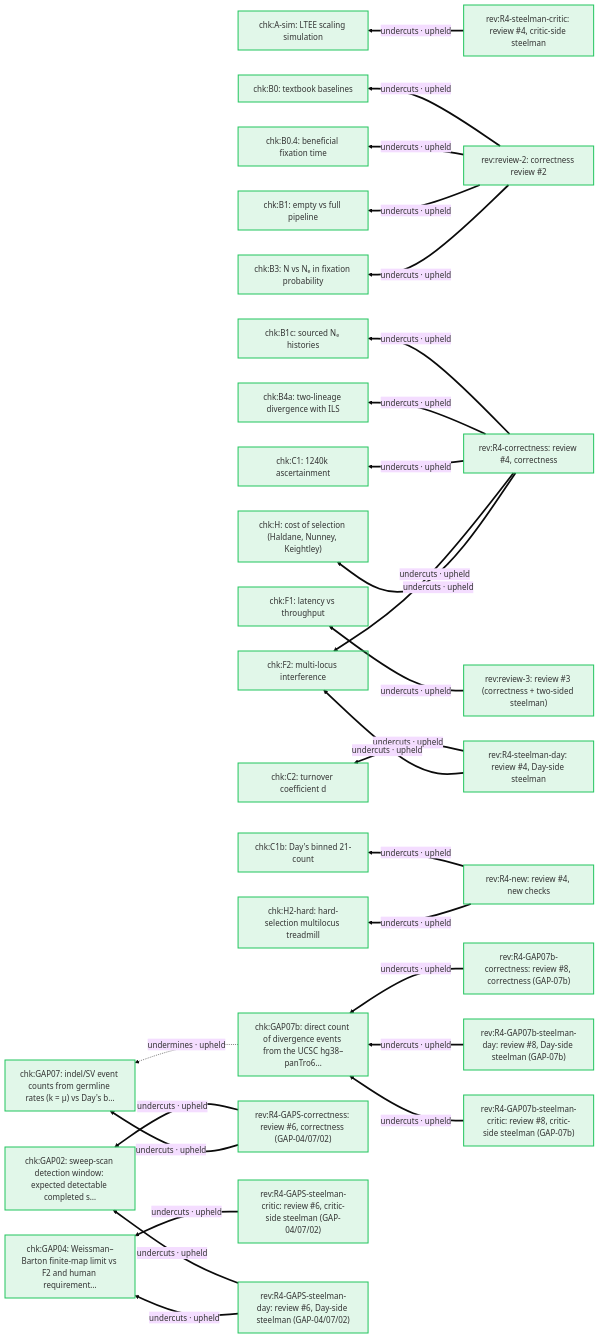
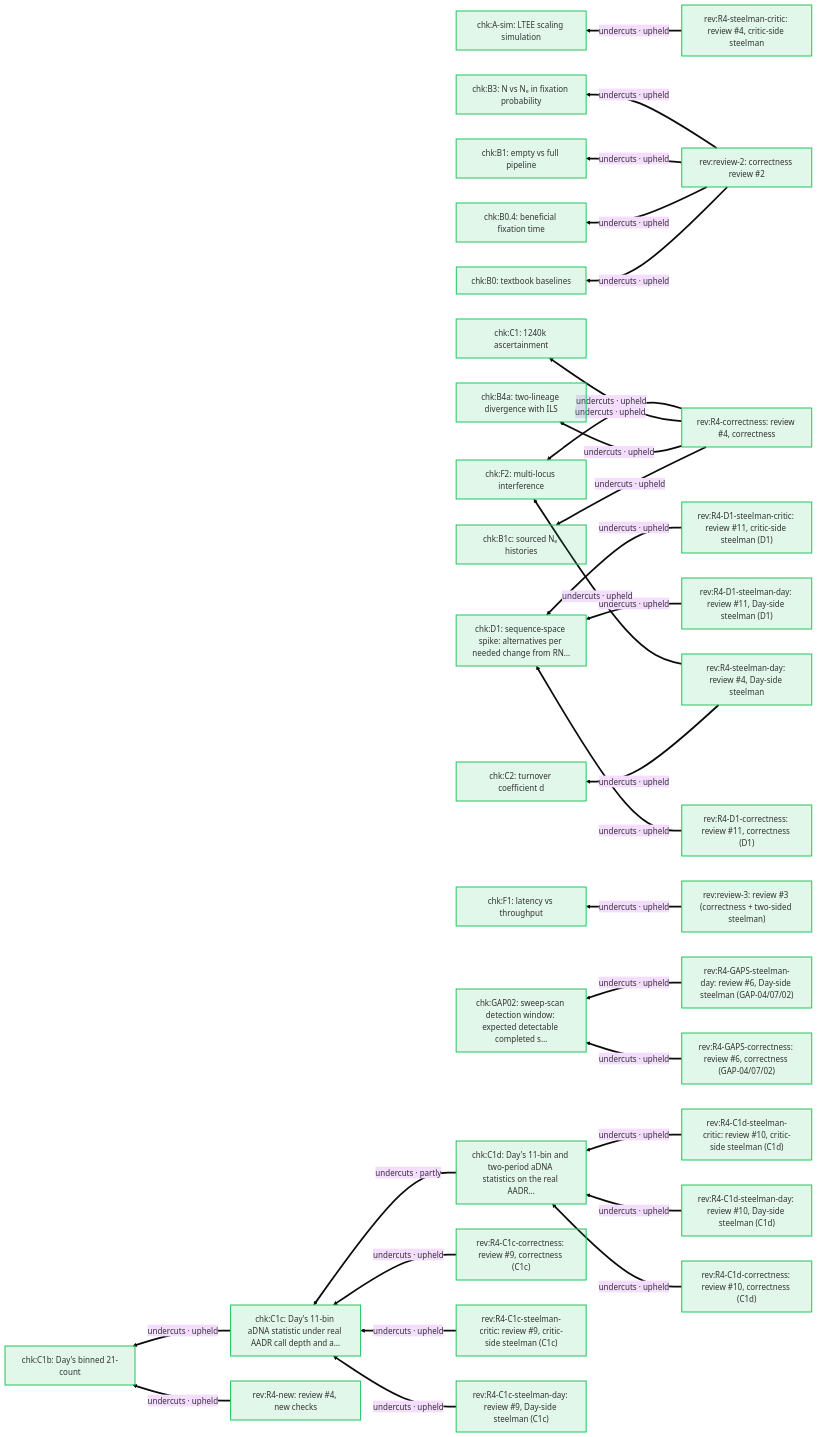
Diagram 15 of 16 in docs/arguments/defeaters.md (nickallevato/evo-sim), drawn with Mermaid (base theme) before and after one commit. The commit also changed other lines of this file and 50 other files, not shown here.

````diff
--- a/docs/arguments/defeaters.md
+++ b/docs/arguments/defeaters.md
@@ -696,62 +715,67 @@
 ```mermaid
 flowchart RL
   classDef day fill:#f59e0b22,stroke:#f59e0b,stroke-width:2px
   classDef ally fill:#d9770622,stroke:#d97706,stroke-width:2px
   classDef critic fill:#3b82f622,stroke:#3b82f6,stroke-width:2px
   classDef literature fill:#a3a3a322,stroke:#a3a3a3,stroke-width:2px
   classDef audit fill:#22c55e22,stroke:#22c55e,stroke-width:2px
   chk_A_sim["chk:A-sim: LTEE scaling simulation"]:::audit
   chk_B0["chk:B0: textbook baselines"]:::audit
   chk_B0_4["chk:B0.4: beneficial fixation time"]:::audit
   chk_B1["chk:B1: empty vs full pipeline"]:::audit
   chk_B1c["chk:B1c: sourced Nₑ histories"]:::audit
   chk_B3["chk:B3: N vs Nₑ in fixation probability"]:::audit
   chk_B4a["chk:B4a: two-lineage divergence with ILS"]:::audit
   chk_C1["chk:C1: 1240k ascertainment"]:::audit
   chk_C1b["chk:C1b: Day's binned 21-count"]:::audit
+  chk_C1c["chk:C1c: Day's 11-bin aDNA statistic under real AADR call depth and a…"]:::audit
+  chk_C1d["chk:C1d: Day's 11-bin and two-period aDNA statistics on the real AADR…"]:::audit
   chk_C2["chk:C2: turnover coefficient d"]:::audit
+  chk_D1["chk:D1: sequence-space spike: alternatives per needed change from RN…"]:::audit
   chk_F1["chk:F1: latency vs throughput"]:::audit
   chk_F2["chk:F2: multi-locus interference"]:::audit
   chk_GAP02["chk:GAP02: sweep-scan detection window: expected detectable completed s…"]:::audit
-  chk_GAP04["chk:GAP04: Weissman–Barton finite-map limit vs F2 and human requirement…"]:::audit
-  chk_GAP07["chk:GAP07: indel/SV event counts from germline rates (k = μ) vs Day's b…"]:::audit
-  chk_GAP07b["chk:GAP07b: direct count of divergence events from the UCSC hg38–panTro6…"]:::audit
-  chk_H["chk:H: cost of selection (Haldane, Nunney, Keightley)"]:::audit
-  chk_H2_hard["chk:H2-hard: hard-selection multilocus treadmill"]:::audit
-  rev_R4_GAP07b_correctness["rev:R4-GAP07b-correctness: review #8, correctness (GAP-07b)"]:::audit
-  rev_R4_GAP07b_steelman_critic["rev:R4-GAP07b-steelman-critic: review #8, critic-side steelman (GAP-07b)"]:::audit
-  rev_R4_GAP07b_steelman_day["rev:R4-GAP07b-steelman-day: review #8, Day-side steelman (GAP-07b)"]:::audit
+  rev_R4_C1c_correctness["rev:R4-C1c-correctness: review #9, correctness (C1c)"]:::audit
+  rev_R4_C1c_steelman_critic["rev:R4-C1c-steelman-critic: review #9, critic-side steelman (C1c)"]:::audit
+  rev_R4_C1c_steelman_day["rev:R4-C1c-steelman-day: review #9, Day-side steelman (C1c)"]:::audit
+  rev_R4_C1d_correctness["rev:R4-C1d-correctness: review #10, correctness (C1d)"]:::audit
+  rev_R4_C1d_steelman_critic["rev:R4-C1d-steelman-critic: review #10, critic-side steelman (C1d)"]:::audit
+  rev_R4_C1d_steelman_day["rev:R4-C1d-steelman-day: review #10, Day-side steelman (C1d)"]:::audit
+  rev_R4_D1_correctness["rev:R4-D1-correctness: review #11, correctness (D1)"]:::audit
+  rev_R4_D1_steelman_critic["rev:R4-D1-steelman-critic: review #11, critic-side steelman (D1)"]:::audit
+  rev_R4_D1_steelman_day["rev:R4-D1-steelman-day: review #11, Day-side steelman (D1)"]:::audit
   rev_R4_GAPS_correctness["rev:R4-GAPS-correctness: review #6, correctness (GAP-04/07/02)"]:::audit
-  rev_R4_GAPS_steelman_critic["rev:R4-GAPS-steelman-critic: review #6, critic-side steelman (GAP-04/07/02)"]:::audit
   rev_R4_GAPS_steelman_day["rev:R4-GAPS-steelman-day: review #6, Day-side steelman (GAP-04/07/02)"]:::audit
   rev_R4_correctness["rev:R4-correctness: review #4, correctness"]:::audit
   rev_R4_new["rev:R4-new: review #4, new checks"]:::audit
   rev_R4_steelman_critic["rev:R4-steelman-critic: review #4, critic-side steelman"]:::audit
   rev_R4_steelman_day["rev:R4-steelman-day: review #4, Day-side steelman"]:::audit
   rev_review_2["rev:review-2: correctness review #2"]:::audit
   rev_review_3["rev:review-3: review #3 (correctness + two-sided steelman)"]:::audit
   rev_R4_steelman_critic ==>|"undercuts · upheld"| chk_A_sim
   rev_review_2 ==>|"undercuts · upheld"| chk_B0
   rev_review_2 ==>|"undercuts · upheld"| chk_B0_4
   rev_review_2 ==>|"undercuts · upheld"| chk_B1
   rev_R4_correctness ==>|"undercuts · upheld"| chk_B1c
   rev_review_2 ==>|"undercuts · upheld"| chk_B3
   rev_R4_correctness ==>|"undercuts · upheld"| chk_B4a
   rev_R4_correctness ==>|"undercuts · upheld"| chk_C1
   rev_R4_new ==>|"undercuts · upheld"| chk_C1b
+  chk_C1c ==>|"undercuts · upheld"| chk_C1b
+  chk_C1d ==>|"undercuts · partly"| chk_C1c
+  rev_R4_C1c_correctness ==>|"undercuts · upheld"| chk_C1c
+  rev_R4_C1c_steelman_day ==>|"undercuts · upheld"| chk_C1c
+  rev_R4_C1c_steelman_critic ==>|"undercuts · upheld"| chk_C1c
+  rev_R4_C1d_correctness ==>|"undercuts · upheld"| chk_C1d
+  rev_R4_C1d_steelman_day ==>|"undercuts · upheld"| chk_C1d
+  rev_R4_C1d_steelman_critic ==>|"undercuts · upheld"| chk_C1d
   rev_R4_steelman_day ==>|"undercuts · upheld"| chk_C2
+  rev_R4_D1_correctness ==>|"undercuts · upheld"| chk_D1
+  rev_R4_D1_steelman_day ==>|"undercuts · upheld"| chk_D1
+  rev_R4_D1_steelman_critic ==>|"undercuts · upheld"| chk_D1
   rev_review_3 ==>|"undercuts · upheld"| chk_F1
   rev_R4_correctness ==>|"undercuts · upheld"| chk_F2
   rev_R4_steelman_day ==>|"undercuts · upheld"| chk_F2
   rev_R4_GAPS_correctness ==>|"undercuts · upheld"| chk_GAP02
   rev_R4_GAPS_steelman_day ==>|"undercuts · upheld"| chk_GAP02
-  rev_R4_GAPS_steelman_critic ==>|"undercuts · upheld"| chk_GAP04
-  rev_R4_GAPS_steelman_day ==>|"undercuts · upheld"| chk_GAP04
-  rev_R4_GAPS_correctness ==>|"undercuts · upheld"| chk_GAP07
-  chk_GAP07b -.->|"undermines · upheld"| chk_GAP07
-  rev_R4_GAP07b_correctness ==>|"undercuts · upheld"| chk_GAP07b
-  rev_R4_GAP07b_steelman_day ==>|"undercuts · upheld"| chk_GAP07b
-  rev_R4_GAP07b_steelman_critic ==>|"undercuts · upheld"| chk_GAP07b
-  rev_R4_correctness ==>|"undercuts · upheld"| chk_H
-  rev_R4_new ==>|"undercuts · upheld"| chk_H2_hard
 ```
````
